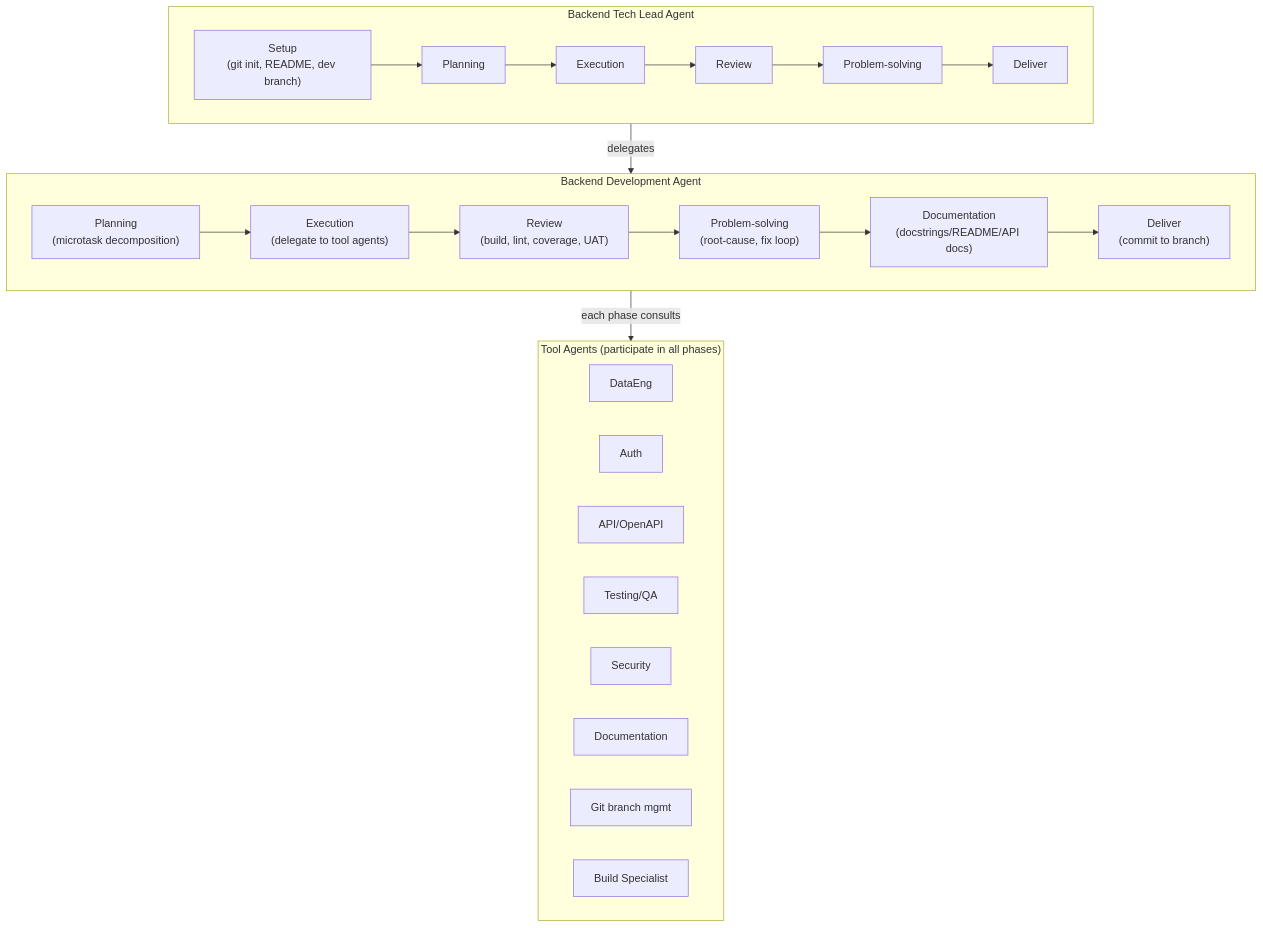
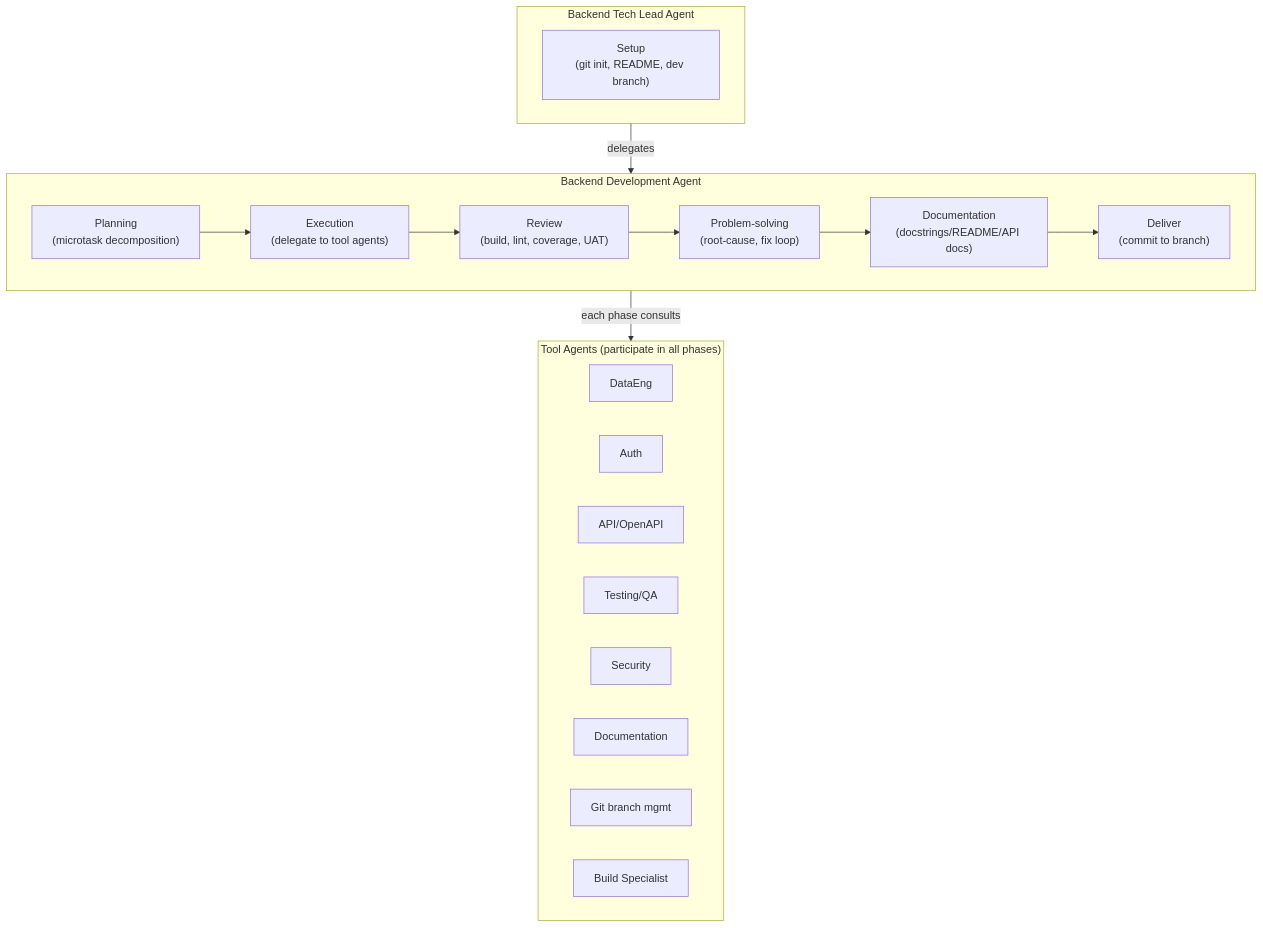
Before and after one commit to brandonkindred/Khala-Agentic-AI-Teams: the sixth of 15 diagrams in docs/ARCHITECTURE.md, drawn with Mermaid.

Commit message:
docs: fix Backend Tech Lead mermaid diagram to match prose
The techLead subgraph showed all six phases (Setup through Deliver)
wired in sequence, contradicting the prose that says the Tech Lead
only runs Setup and delegates the rest to the Backend Development
Agent. Trim the subgraph to Setup only.

Claude-Session: https://claude.ai/code/session_01Ud9KMouoK4mjF2wCu9wC8u

````diff
--- a/docs/ARCHITECTURE.md
+++ b/docs/ARCHITECTURE.md
@@ -253,37 +253,31 @@
 ```mermaid
 flowchart TB
     subgraph techLead ["Backend Tech Lead Agent"]
         Setup["Setup\n(git init, README, dev branch)"]
-        TLPlanning["Planning"]
-        TLExecution["Execution"]
-        TLReview["Review"]
-        TLProblemSolving["Problem-solving"]
-        TLDeliver["Deliver"]
-        Setup --> TLPlanning --> TLExecution --> TLReview --> TLProblemSolving --> TLDeliver
     end
 
     subgraph devAgent ["Backend Development Agent"]
         DAPlanning["Planning\n(microtask decomposition)"]
         DAExecution["Execution\n(delegate to tool agents)"]
         DAReview["Review\n(build, lint, coverage, UAT)"]
         DAProblemSolving["Problem-solving\n(root-cause, fix loop)"]
         DADocumentation["Documentation\n(docstrings/README/API docs)"]
         DADeliver["Deliver\n(commit to branch)"]
         DAPlanning --> DAExecution --> DAReview --> DAProblemSolving --> DADocumentation --> DADeliver
     end
 
     subgraph toolGrid ["Tool Agents (participate in all phases)"]
         direction LR
         DataEng["DataEng"]
         Auth["Auth"]
         ApiOA["API/OpenAPI"]
         Testing["Testing/QA"]
         Security["Security"]
         Documentation["Documentation"]
         GitBranch["Git branch mgmt"]
         BuildSpec["Build Specialist"]
     end
 
     techLead -->|"delegates"| devAgent
     devAgent -->|"each phase consults"| toolGrid
 ```
````
